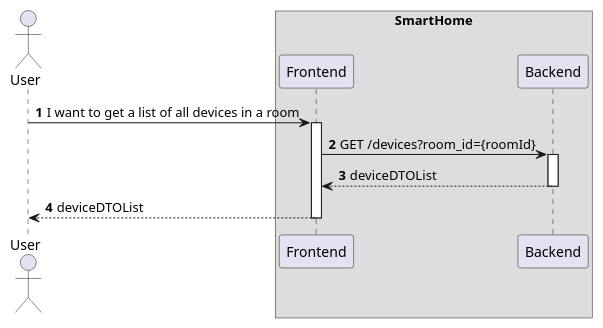
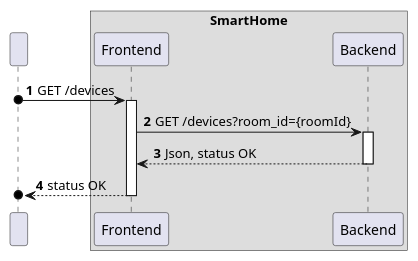
One commit to olivDiogo/SmartHome changed the diagram in docs/ooa/C4_4plus1_models/Level2/ProcessView/ProcessViewLevel2_UC22.puml. Above: the diagram before and after it, drawn with PlantUML. The commit also changed 6 other files, not shown here.

```diff
--- a/docs/ooa/C4_4plus1_models/Level2/ProcessView/ProcessViewLevel2_UC22.puml
+++ b/docs/ooa/C4_4plus1_models/Level2/ProcessView/ProcessViewLevel2_UC22.puml
@@ -1,28 +1,27 @@
 @startuml
 'https://plantuml.com/sequence-diagram
 !pragma layout smetana
 
 autonumber
 
-actor "User" as User
-
+participant " " as User
 
 box "SmartHome"
     participant "Frontend" as FE
     participant "Backend" as SV
 end box
 
-User -> FE : I want to get a list of all devices in a room
+User o-> FE : GET /devices
 activate FE
 
 FE -> SV : GET /devices?room_id={roomId}
 activate SV
 
-SV --> FE : deviceDTOList
+SV --> FE : Json, status OK
 deactivate SV
 
-FE --> User : deviceDTOList
+FE -->o User : status OK
 deactivate FE
 
 
 @enduml
```
